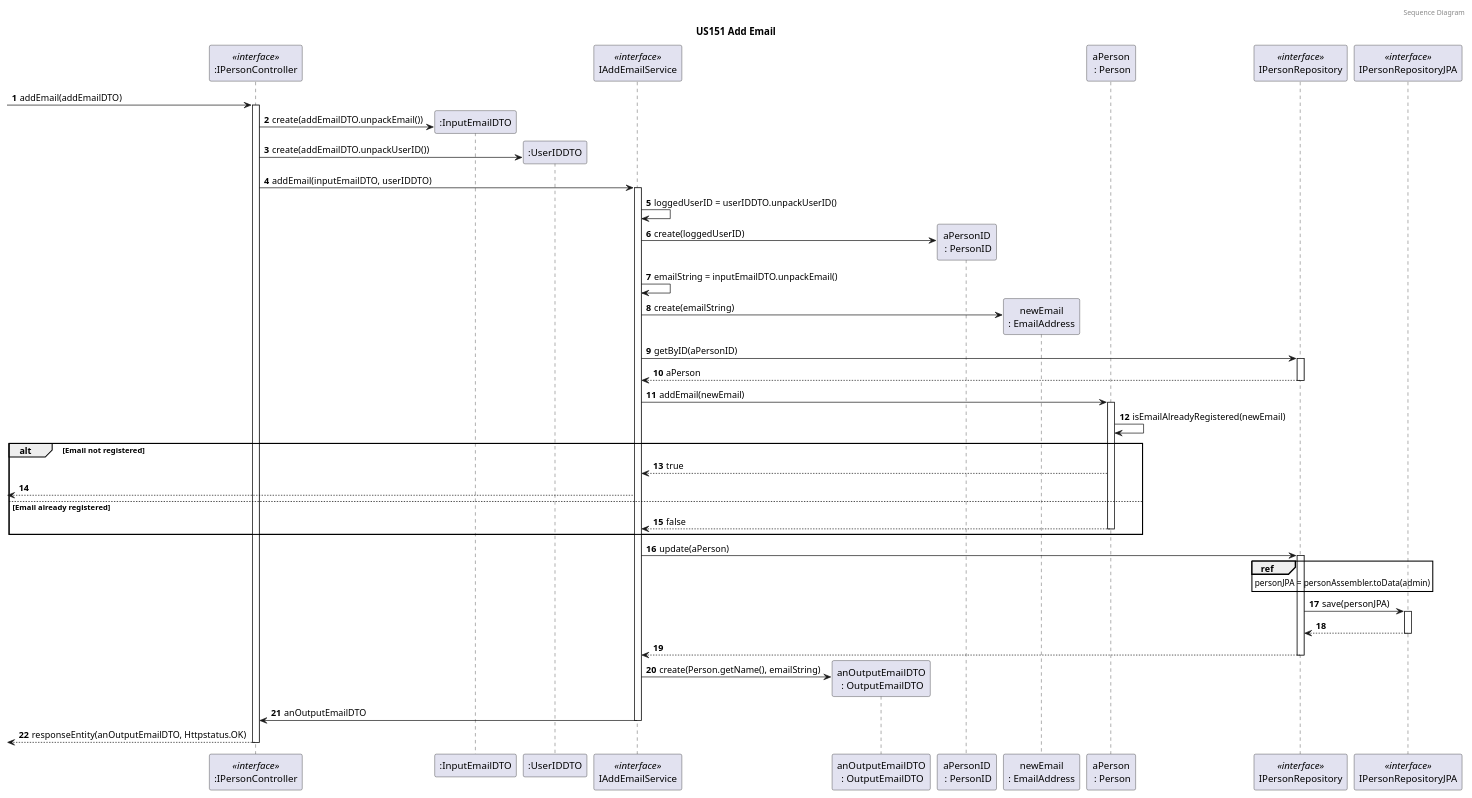
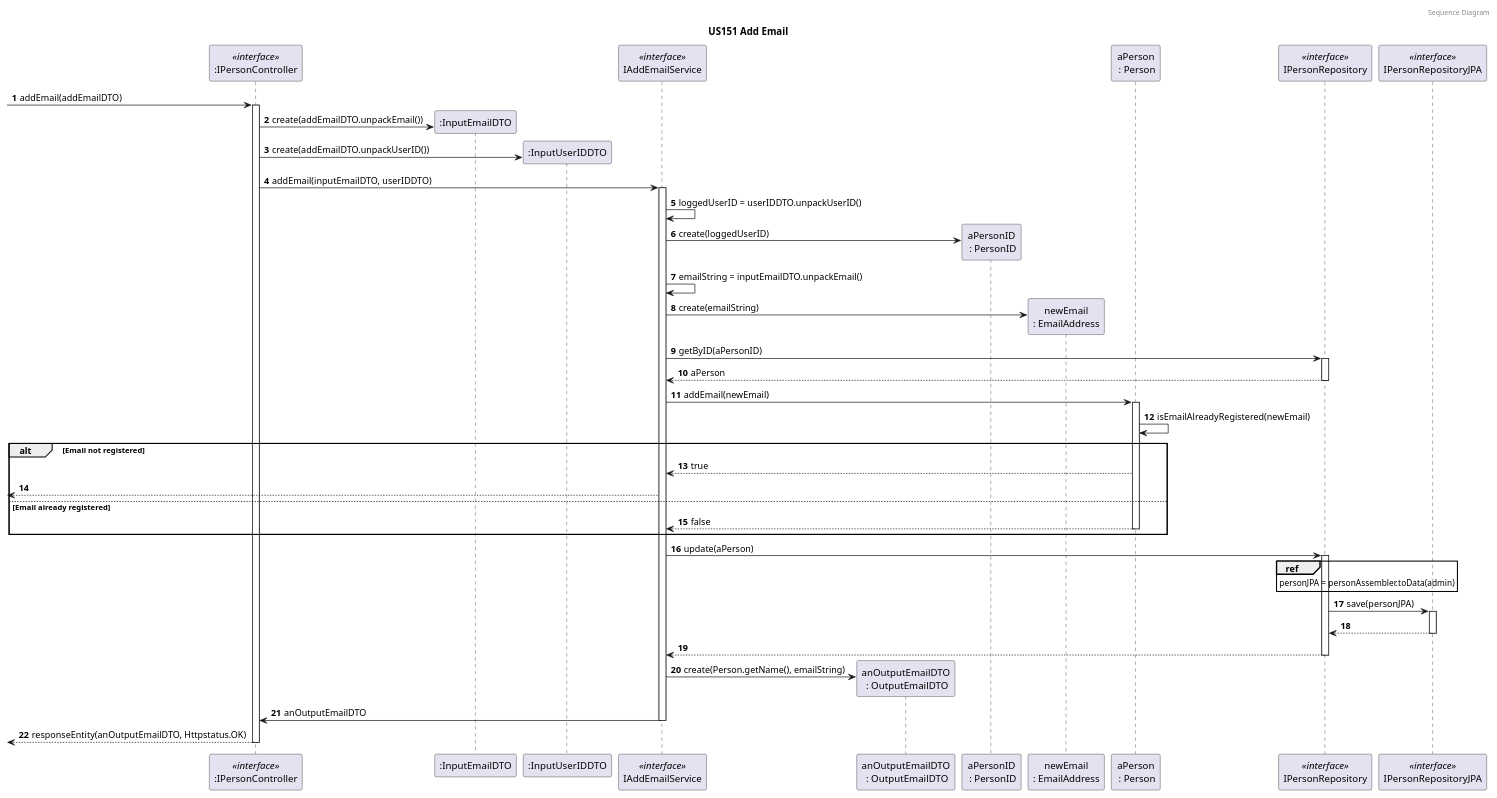
Before and after one commit to tomas-osswald/switch_2020_g3: the fourth of 4 diagrams in docs/sprint5/user_stories/US151_AddEmail.md, drawn with PlantUML. The commit also changed 1 other file, not shown here.

Commit message:
refactored UserIDDTO to reflect it's an input DTO

`````diff
--- a/docs/sprint5/user_stories/US151_AddEmail.md
+++ b/docs/sprint5/user_stories/US151_AddEmail.md
@@ -207,76 +207,76 @@
 ````puml
 @startuml
 
 autonumber
 header Sequence Diagram
 title US151 Add Email
 
 participant ":IPersonController" as controller <<interface>>
 participant ":InputEmailDTO" as inputemail
-participant ":UserIDDTO" as userdto
+participant ":InputUserIDDTO" as userdto
 
 participant "IAddEmailService" as service <<interface>>
 
 participant "anOutputEmailDTO\n : OutputEmailDTO" as output
 
 participant "aPersonID\n : PersonID" as personid
 participant "newEmail\n: EmailAddress" as email
 participant "aPerson\n : Person" as person
 participant "IPersonRepository" as personRepository <<interface>>
 participant "IPersonRepositoryJPA" as repoJPA <<interface>>
 
 -> controller : addEmail(addEmailDTO)
 activate controller
 controller -> inputemail** : create(addEmailDTO.unpackEmail())
 controller -> userdto** : create(addEmailDTO.unpackUserID())
 controller -> service : addEmail(inputEmailDTO, userIDDTO)
 activate service
 
 service -> service : loggedUserID = userIDDTO.unpackUserID()
 service -> personid** : create(loggedUserID)
 
 service -> service : emailString = inputEmailDTO.unpackEmail()
 service -> email** : create(emailString)
 
 
 service -> personRepository : getByID(aPersonID)
 deactivate email
 activate personRepository
 return aPerson
 
 service -> person: addEmail(newEmail)
 activate person
 person -> person: isEmailAlreadyRegistered(newEmail)
 
 alt Email not registered
 
 person --> service: true
 <-- service:
 
 else Email already registered
 
 person --> service: false
 deactivate person
 
 end
 
 service -> personRepository : update(aPerson)
 activate personRepository
 
 ref over personRepository
 personJPA = personAssembler.toData(admin)
 end ref
 personRepository -> repoJPA : save(personJPA)
 activate repoJPA
 return
 return
 
 service -> output** : create(Person.getName(), emailString)
 service -> controller : anOutputEmailDTO
 deactivate service
 
 <-- controller : responseEntity(anOutputEmailDTO, Httpstatus.OK)
 deactivate controller
 
 @enduml
 ````
`````
